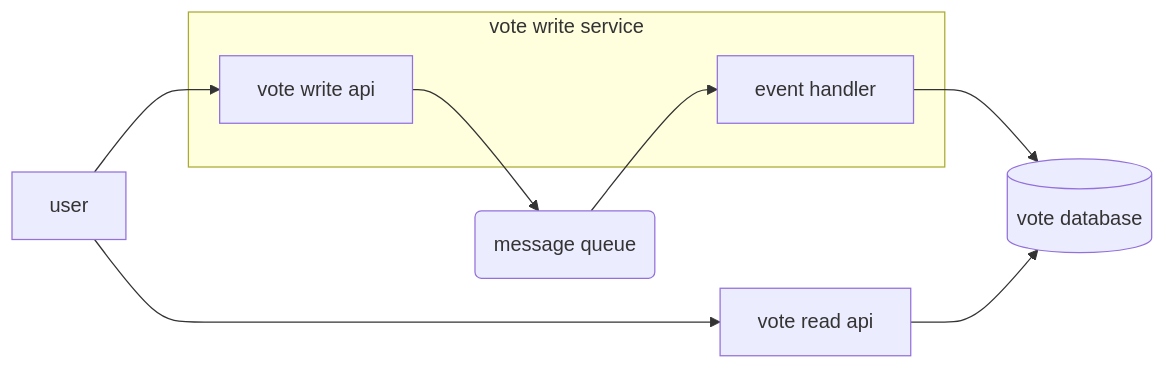
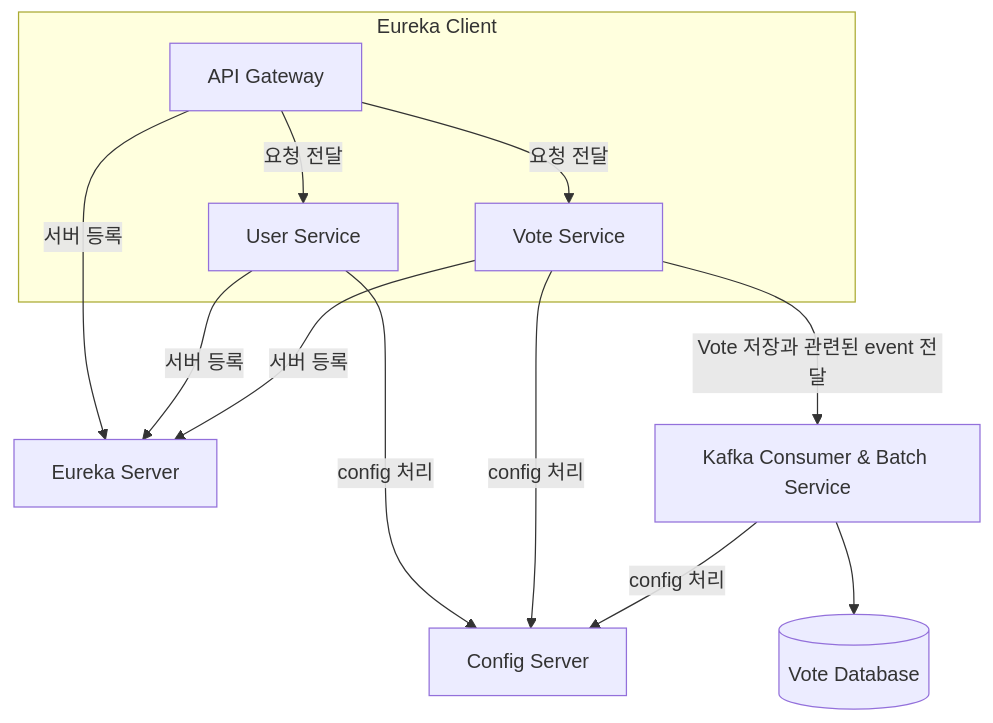
Before and after one commit to tkdlqh2/residents_meeting: the second of 16 diagrams in README.md, drawn with Mermaid. The commit also changed other lines of this file and 1 other file, not shown here.

Commit message:
read me update - seq diagram 추가하면서 구체화

````diff
--- a/README.md
+++ b/README.md
@@ -77,18 +78,23 @@
-``` mermaid
-flowchart LR
-    A[user]
-    subgraph vote write service
-    B[vote write api]    
-    C[event handler]
+```mermaid
+flowchart TD
+    A[Eureka Server]
+    subgraph Eureka Client
+       B[API Gateway]
+       D[User Service]
+       E[Vote Service]
     end
-    D[vote read api]
-    E[(vote database)]
-    F(message queue)
-
-    A --> B
-    B --> F
-    F --> C
-    C --> E
-    D --> E
-    A --> D
+    C[Config Server]
+    F[Kafka Consumer & Batch Service]
+    G[(Vote Database)]
+    
+    B -->|서버 등록| A
+    D -->|서버 등록| A
+    E -->|서버 등록| A
+    B -->|요청 전달| D
+    B -->|요청 전달| E
+    D --> |config 처리|C
+    E --> |config 처리|C
+    F --> |config 처리|C
+    E --> |Vote 저장과 관련된 event 전달 | F
+    F --> G
 ```
````
